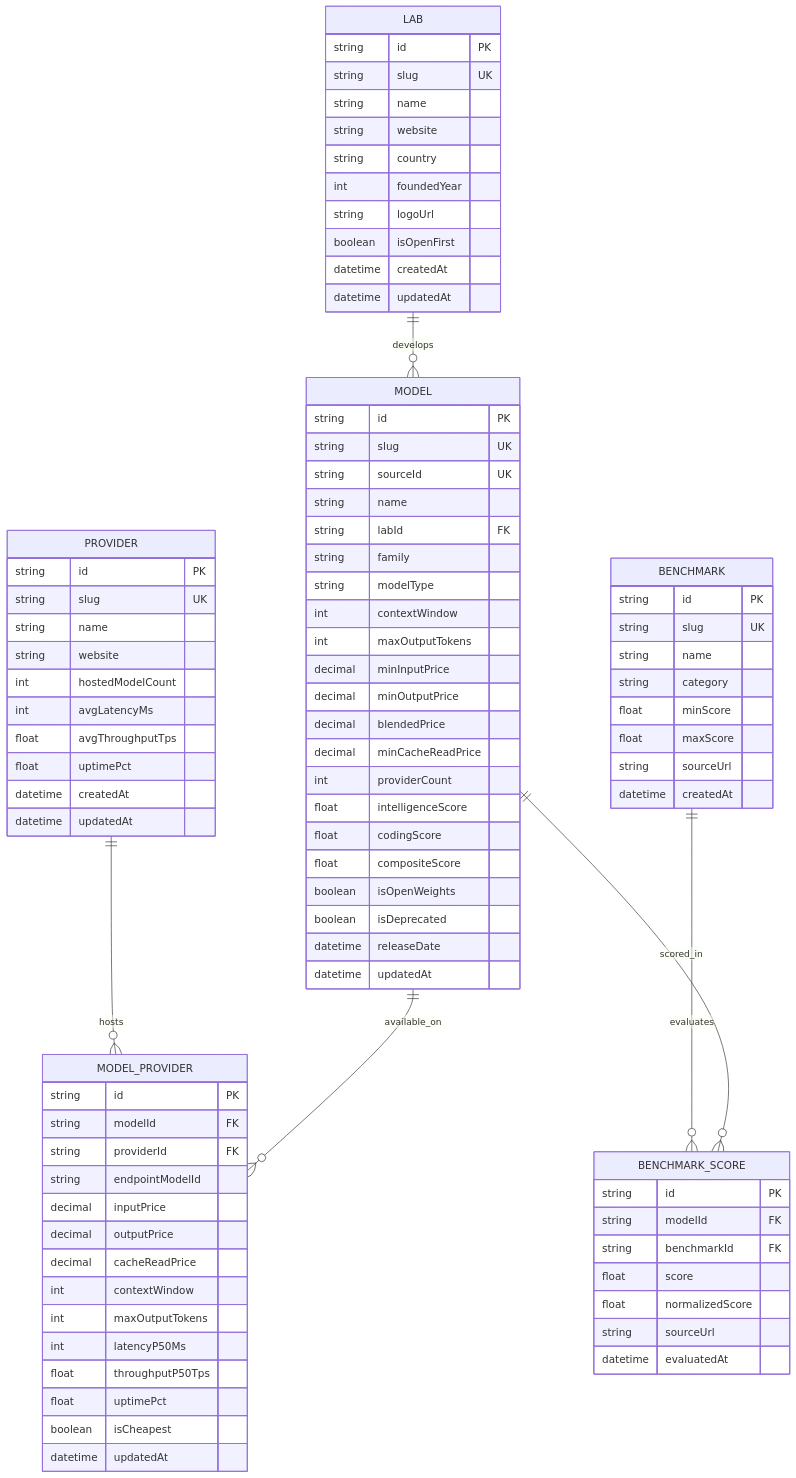
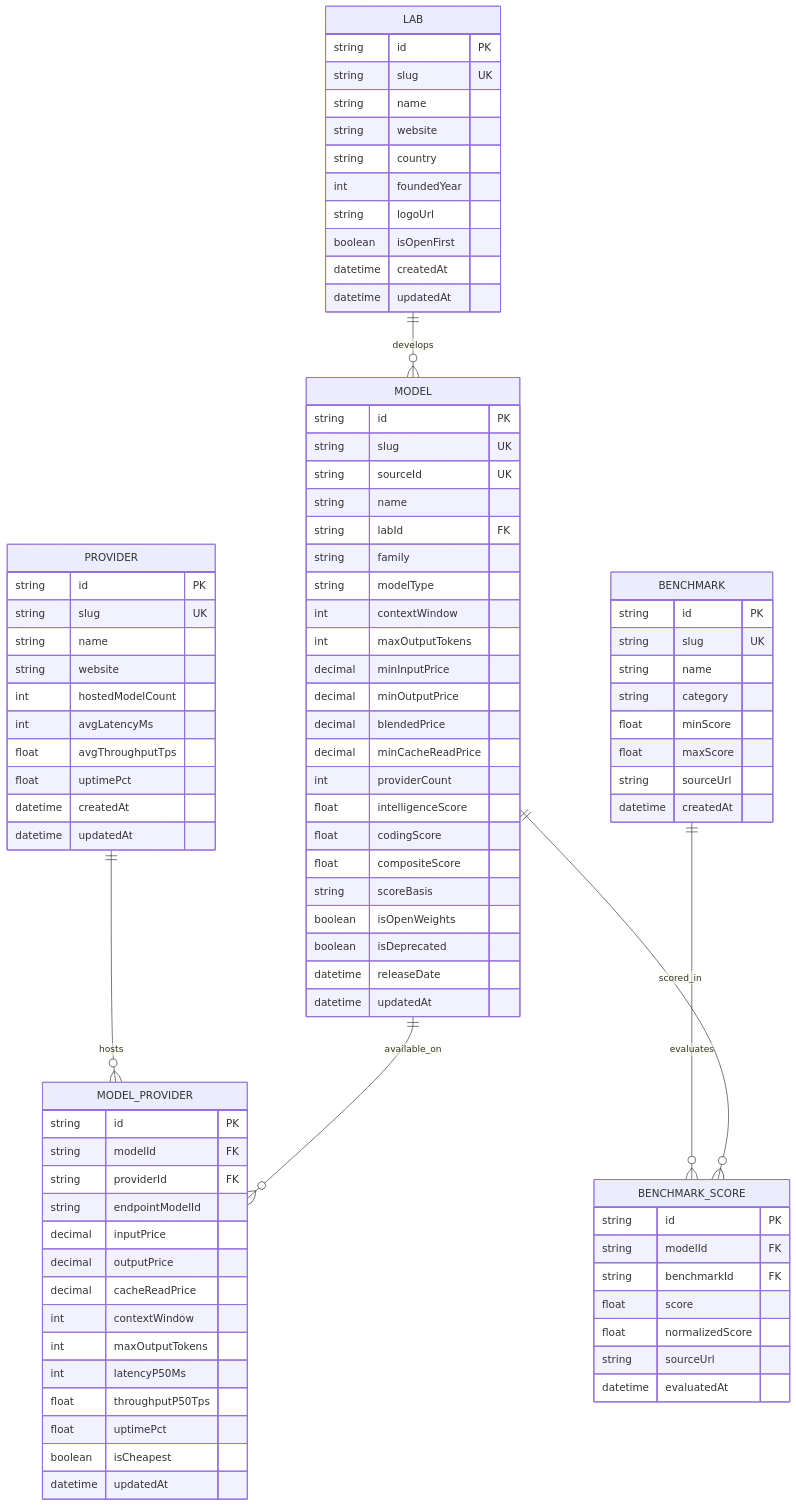
Before and after one commit to adarshthakur9240/oneatlas: the second of 2 diagrams in README.md, drawn with Mermaid. The commit also changed other lines of this file and 16 other files, not shown here.

```diff
--- a/README.md
+++ b/README.md
@@ -137,6 +137,7 @@
         float intelligenceScore
         float codingScore
         float compositeScore
+        string scoreBasis
         boolean isOpenWeights
         boolean isDeprecated
         datetime releaseDate
```
